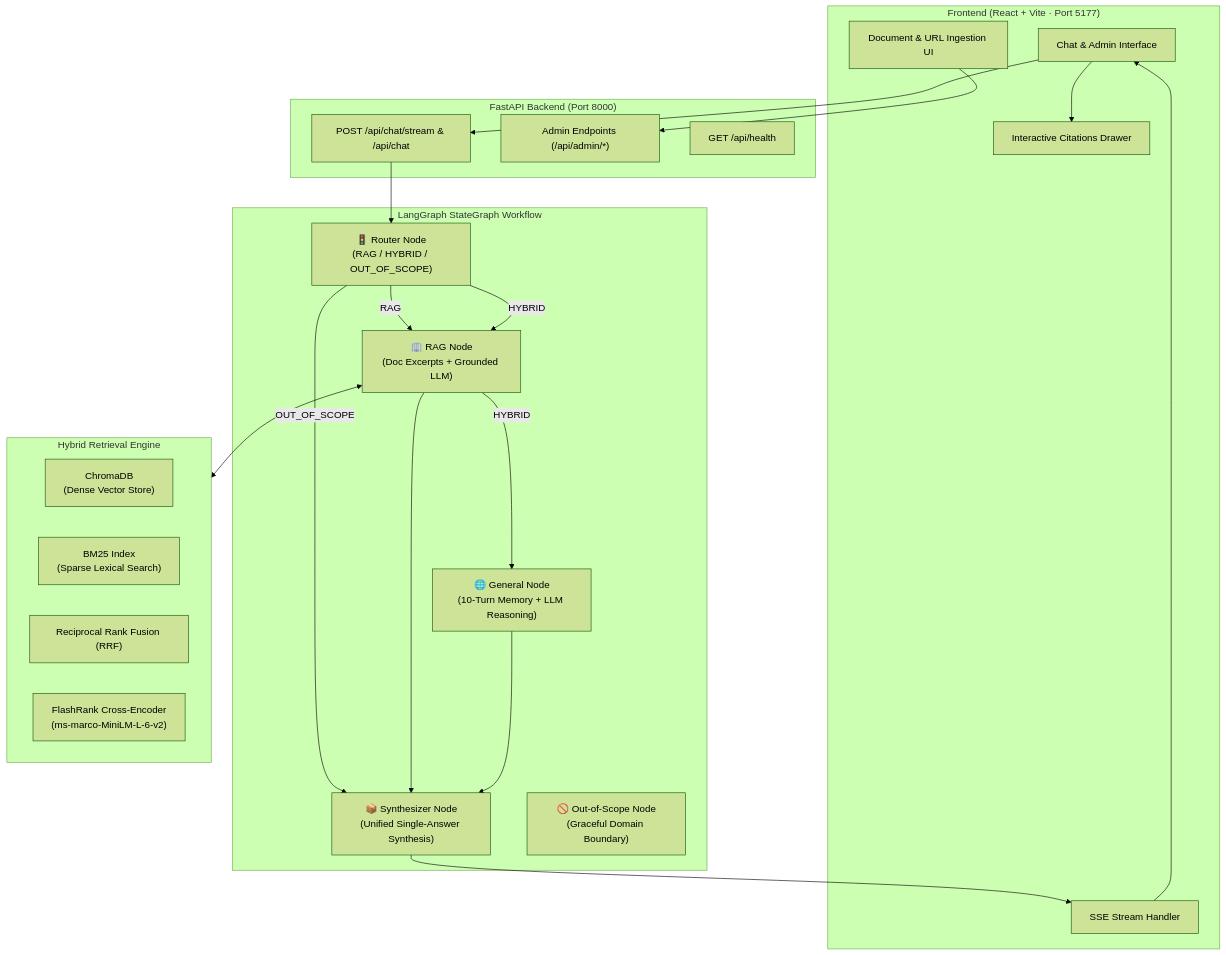
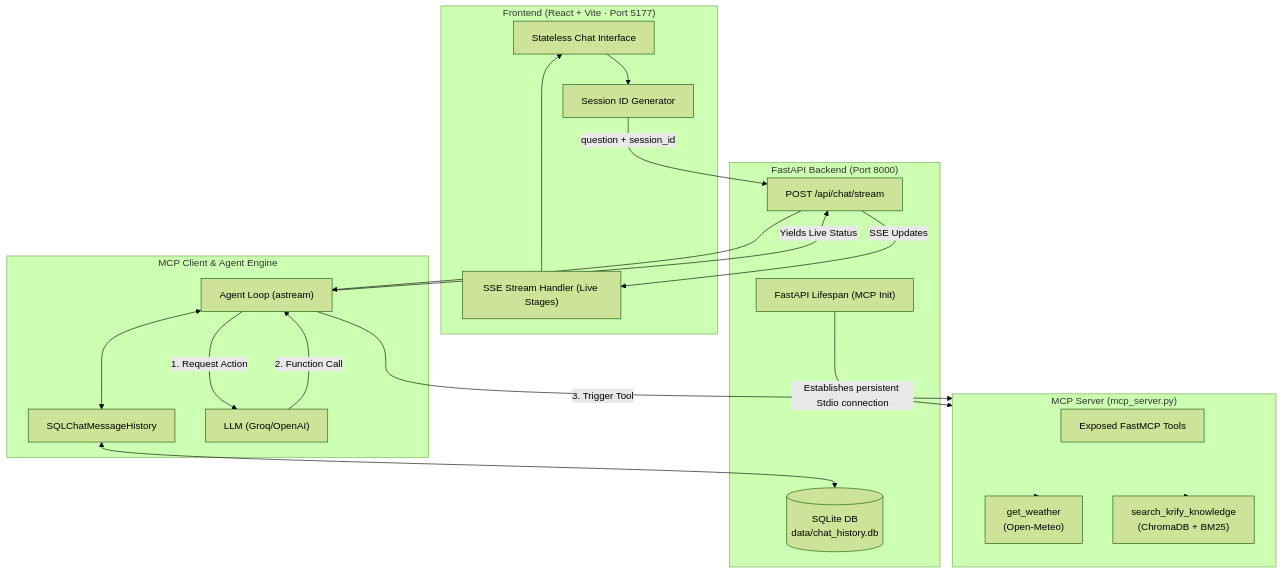
The first of 2 diagrams in ARCHITECTURE.md (vasu79-debug/Rag-based-chatbot-application), drawn with Mermaid (forest theme) before and after one commit. The commit also changed other lines of this file and 1 other file, not shown here.

Commit message:
Readme and Architecture files changes

````diff
--- a/ARCHITECTURE.md
+++ b/ARCHITECTURE.md
@@ -9,46 +9,44 @@
 ```mermaid
 flowchart TD
     subgraph Client ["Frontend (React + Vite · Port 5177)"]
-        UI["Chat & Admin Interface"]
-        SSE["SSE Stream Handler"]
-        Drawer["Interactive Citations Drawer"]
-        UploadUI["Document & URL Ingestion UI"]
+        UI["Stateless Chat Interface"]
+        Session["Session ID Generator"]
+        SSE["SSE Stream Handler (Live Stages)"]
     end
 
     subgraph API ["FastAPI Backend (Port 8000)"]
-        ChatEP["POST /api/chat/stream & /api/chat"]
-        AdminEP["Admin Endpoints (/api/admin/*)"]
-        HealthEP["GET /api/health"]
+        Lifespan["FastAPI Lifespan (MCP Init)"]
+        ChatEP["POST /api/chat/stream"]
+        DB[(SQLite DB\ndata/chat_history.db)]
     end
 
-    subgraph LangGraph ["LangGraph StateGraph Workflow"]
-        Router["🚦 Router Node\n(RAG / HYBRID / OUT_OF_SCOPE)"]
-        RAGNode["🏢 RAG Node\n(Doc Excerpts + Grounded LLM)"]
-        GenNode["🌐 General Node\n(10-Turn Memory + LLM Reasoning)"]
-        SynthNode["📦 Synthesizer Node\n(Unified Single-Answer Synthesis)"]
-        ScopeNode["🚫 Out-of-Scope Node\n(Graceful Domain Boundary)"]
+    subgraph MCPClient ["MCP Client & Agent Engine"]
+        Graph["Agent Loop (astream)"]
+        SQLStore["SQLChatMessageHistory"]
+        LLM["LLM (Groq/OpenAI)"]
     end
 
-    subgraph Storage ["Hybrid Retrieval Engine"]
-        Chroma["ChromaDB\n(Dense Vector Store)"]
-        BM25["BM25 Index\n(Sparse Lexical Search)"]
-        RRF["Reciprocal Rank Fusion (RRF)"]
-        Reranker["FlashRank Cross-Encoder\n(ms-marco-MiniLM-L-6-v2)"]
+    subgraph MCPServer ["MCP Server (mcp_server.py)"]
+        Tools["Exposed FastMCP Tools"]
+        WeatherAPI["get_weather\n(Open-Meteo)"]
+        RAGAPI["search_krify_knowledge\n(ChromaDB + BM25)"]
     end
 
-    UI --> ChatEP
-    UploadUI --> AdminEP
-    ChatEP --> Router
+    UI --> Session
+    Session -->|question + session_id| ChatEP
+    Lifespan -->|Establishes persistent Stdio connection| MCPServer
     
-    Router -->|RAG| RAGNode
-    Router -->|HYBRID| RAGNode
-    RAGNode -->|HYBRID| GenNode
-    Router -->|OUT_OF_SCOPE| SynthNode
+    ChatEP --> Graph
+    Graph <--> SQLStore
+    SQLStore <--> DB
     
-    RAGNode <--> Storage
-    RAGNode --> SynthNode
-    GenNode --> SynthNode
-    SynthNode --> SSE
+    Graph -->|1. Request Action| LLM
+    LLM -->|2. Function Call| Graph
+    Graph -->|3. Trigger Tool| MCPServer
+    MCPServer --> WeatherAPI
+    MCPServer --> RAGAPI
+    
+    Graph -->|Yields Live Status| ChatEP
+    ChatEP -->|SSE Updates| SSE
     SSE --> UI
-    UI --> Drawer
 ```
````
